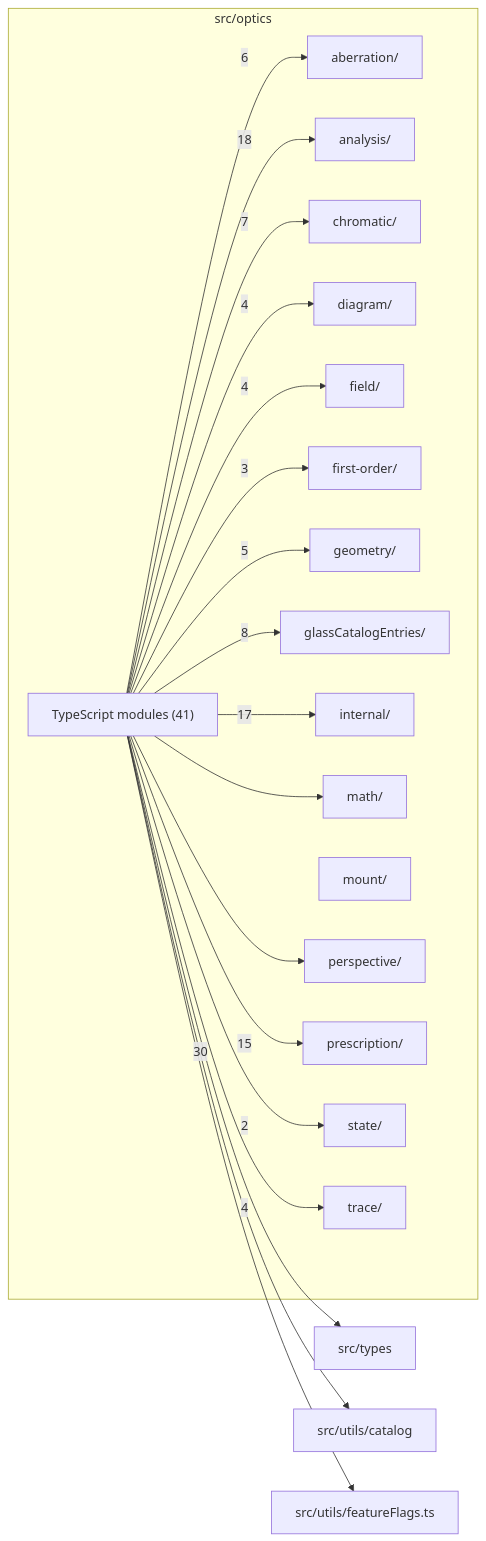
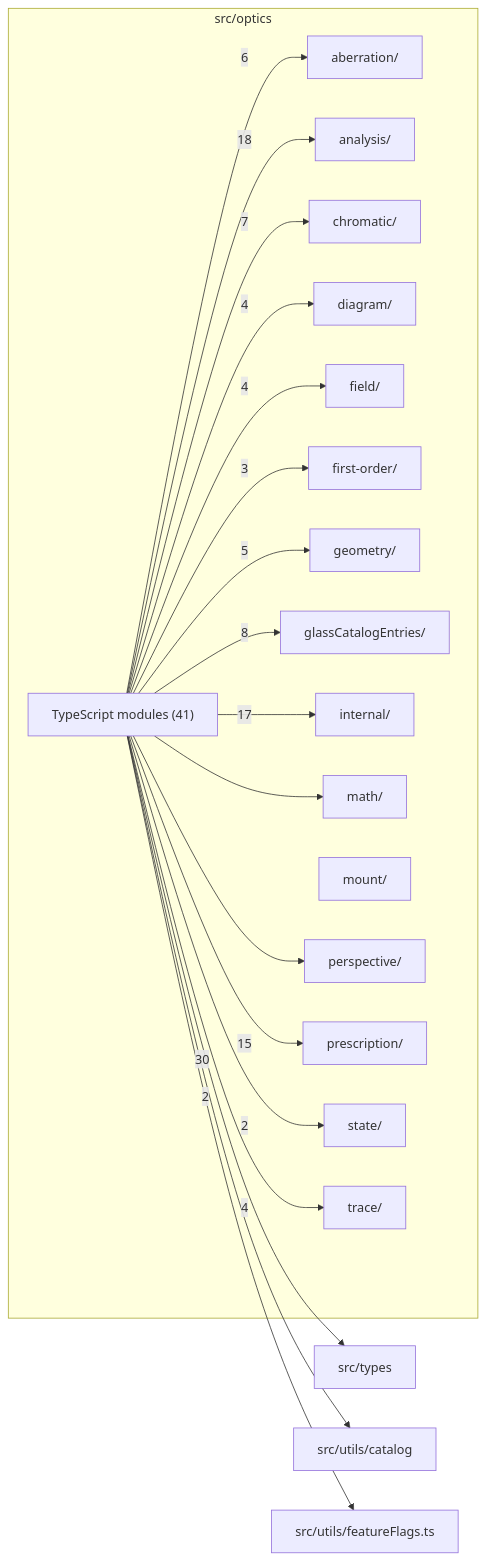
Before and after one commit to ronbuening/LensVisualizer: the diagram in src/optics/readme.md, drawn with Mermaid. The commit also changed other lines of this file and 21 other files, not shown here.

````diff
--- a/src/optics/readme.md
+++ b/src/optics/readme.md
@@ -9,41 +9,41 @@
 ```mermaid
 flowchart LR
   subgraph n_src_optics["src/optics"]
     n_src_optics_src_optics_aberration["aberration/"]
     n_src_optics_src_optics_analysis["analysis/"]
     n_src_optics_src_optics_chromatic["chromatic/"]
     n_src_optics_src_optics_diagram["diagram/"]
     n_src_optics_src_optics_field["field/"]
     n_src_optics_src_optics_first_order["first-order/"]
     n_src_optics_src_optics_geometry["geometry/"]
     n_src_optics_src_optics_glassCatalogEntries["glassCatalogEntries/"]
     n_src_optics_src_optics_internal["internal/"]
     n_src_optics_src_optics_math["math/"]
     n_src_optics_src_optics_mount["mount/"]
     n_src_optics_src_optics_perspective["perspective/"]
     n_src_optics_src_optics_prescription["prescription/"]
     n_src_optics_src_optics_state["state/"]
     n_src_optics_src_optics_trace["trace/"]
     n_src_optics_TypeScript_modules["TypeScript modules (41)"]
   end
   n_external_src_types["src/types"]
   n_external_src_utils_catalog["src/utils/catalog"]
   n_external_src_utils_featureFlags_ts["src/utils/featureFlags.ts"]
   n_src_optics_TypeScript_modules --> |30| n_external_src_types
   n_src_optics_TypeScript_modules --> |18| n_src_optics_src_optics_analysis
   n_src_optics_TypeScript_modules --> |17| n_src_optics_src_optics_internal
   n_src_optics_TypeScript_modules --> |15| n_src_optics_src_optics_prescription
   n_src_optics_TypeScript_modules --> |8| n_src_optics_src_optics_glassCatalogEntries
   n_src_optics_TypeScript_modules --> |7| n_src_optics_src_optics_chromatic
   n_src_optics_TypeScript_modules --> |6| n_src_optics_src_optics_aberration
   n_src_optics_TypeScript_modules --> |5| n_src_optics_src_optics_geometry
   n_src_optics_TypeScript_modules --> |4| n_src_optics_src_optics_diagram
   n_src_optics_TypeScript_modules --> |4| n_src_optics_src_optics_field
   n_src_optics_TypeScript_modules --> |4| n_src_optics_src_optics_trace
   n_src_optics_TypeScript_modules --> |3| n_src_optics_src_optics_first_order
+  n_src_optics_TypeScript_modules --> |2| n_external_src_utils_catalog
   n_src_optics_TypeScript_modules --> |2| n_src_optics_src_optics_state
-  n_src_optics_TypeScript_modules --> n_external_src_utils_catalog
   n_src_optics_TypeScript_modules --> n_external_src_utils_featureFlags_ts
   n_src_optics_TypeScript_modules --> n_src_optics_src_optics_math
   n_src_optics_TypeScript_modules --> n_src_optics_src_optics_perspective
 ```
````
